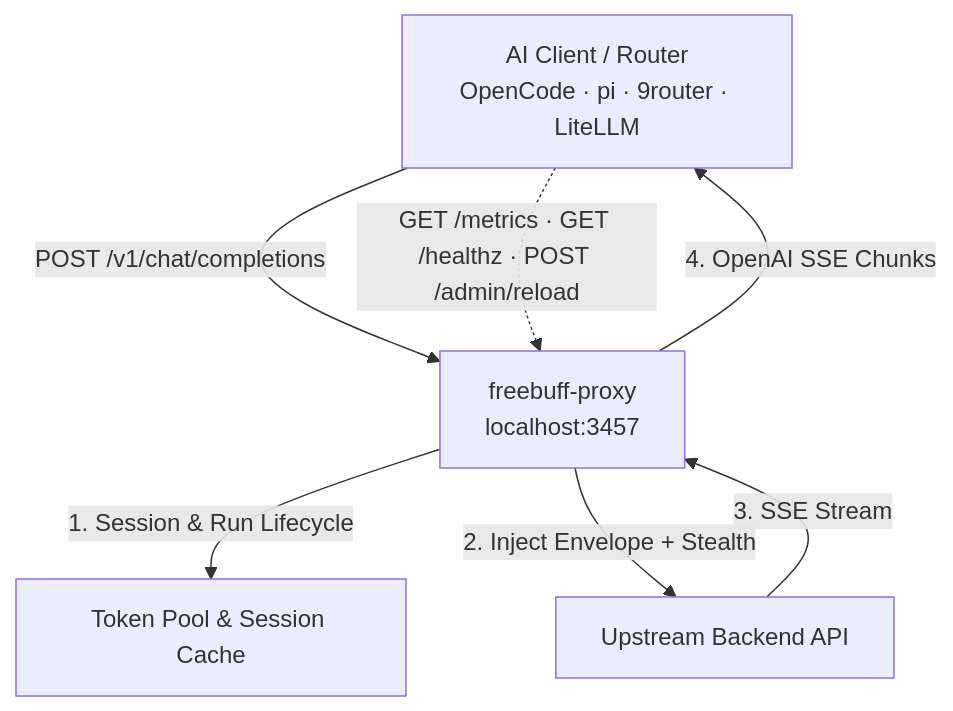
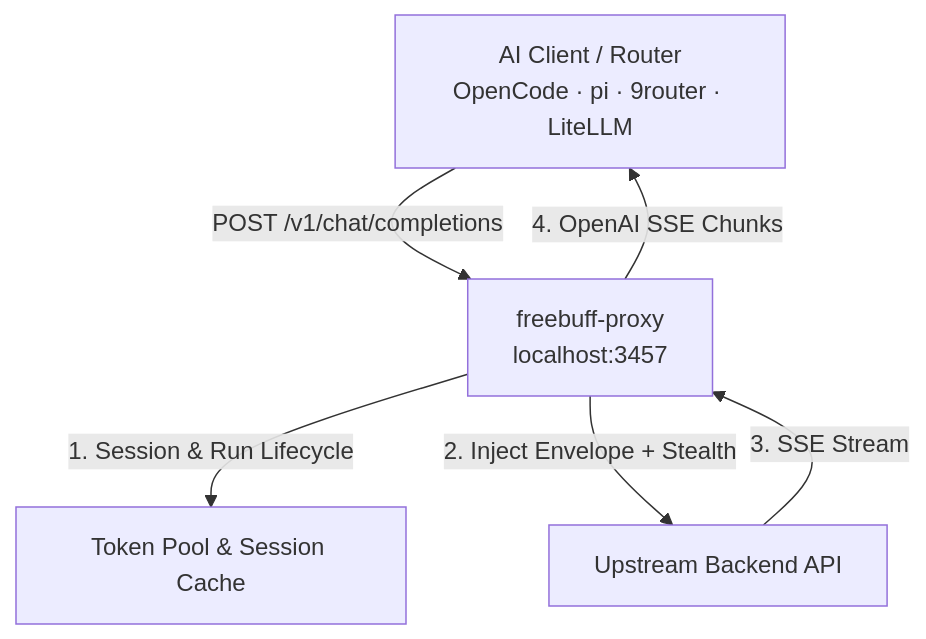
The diagram in README.md (arsydoni4326-alt/freebuff-proxy), drawn with Mermaid before and after one commit. The commit also changed other lines of this file and 68 other files, not shown here.

````diff
--- a/README.md
+++ b/README.md
@@ -116,9 +114,8 @@
 ```mermaid
 graph TD
     Client[AI Client / Router<br/>OpenCode · pi · 9router · LiteLLM] -->|POST /v1/chat/completions| Proxy[freebuff-proxy<br/>localhost:3457]
     Proxy -->|1. Session & Run Lifecycle| Pool[Token Pool & Session Cache]
     Proxy -->|2. Inject Envelope + Stealth| Upstream[Upstream Backend API]
     Upstream -->|3. SSE Stream| Proxy
     Proxy -->|4. OpenAI SSE Chunks| Client
-    Client -.->|GET /metrics · GET /healthz · POST /admin/reload| Proxy
 ```
````
